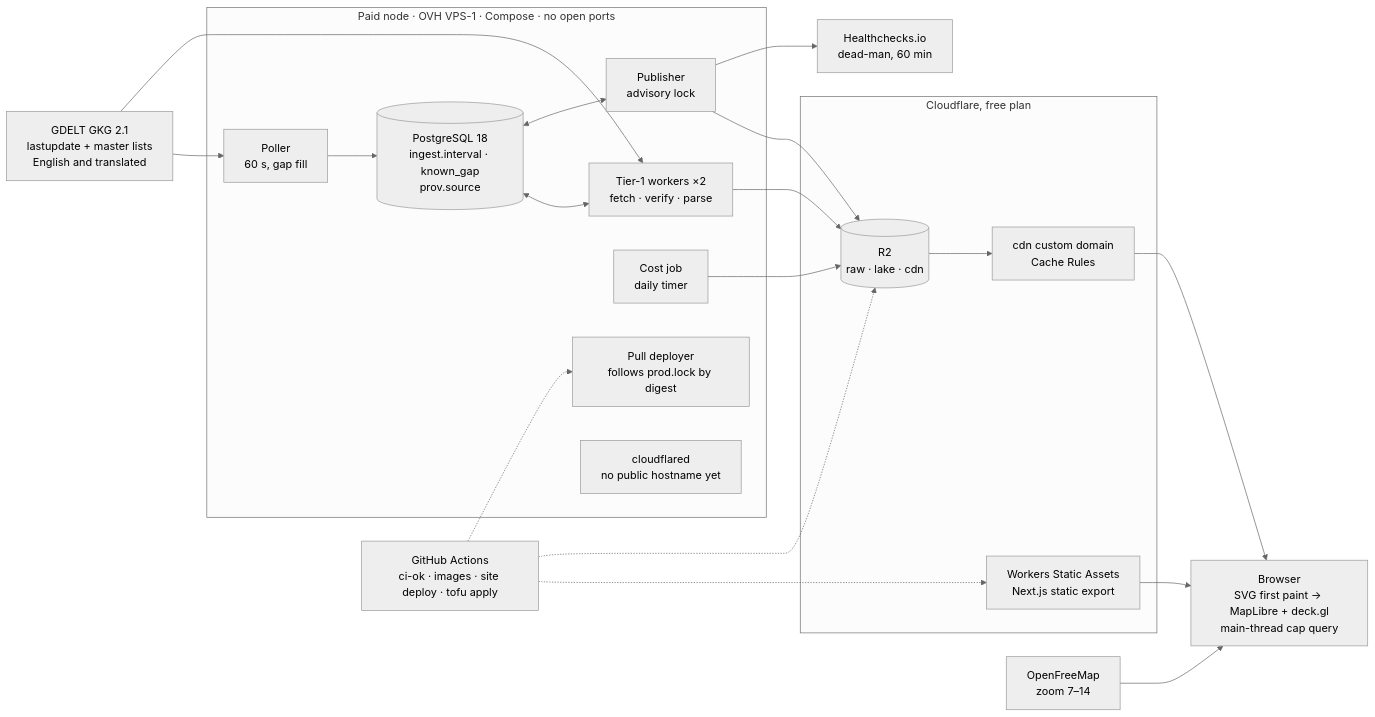
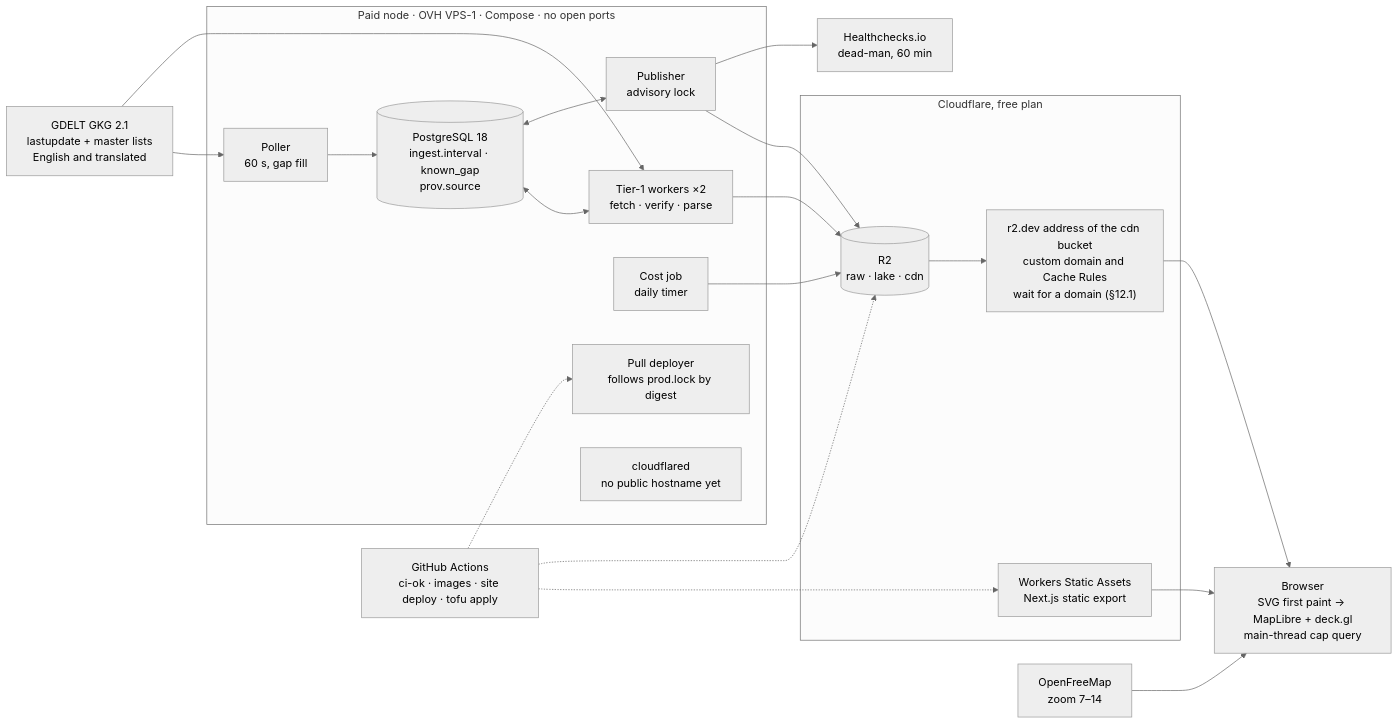
Before and after one commit to ShreeBohara/GlobaLens: the first of 2 diagrams in docs/design/p1.md, drawn with Mermaid (neutral theme). The commit also changed other lines of this file and 1 other file, not shown here.

First line of the commit message:
docs: record that no domain is bought for now (plan revision 7)

````diff
--- a/docs/design/p1.md
+++ b/docs/design/p1.md
@@ -100,35 +100,35 @@
 ```mermaid
 flowchart LR
   GD["GDELT GKG 2.1<br/>lastupdate + master lists<br/>English and translated"]
   subgraph PN["Paid node · OVH VPS-1 · Compose · no open ports"]
     PO["Poller<br/>60 s, gap fill"]
     PG[("PostgreSQL 18<br/>ingest.interval · known_gap<br/>prov.source")]
     T1["Tier-1 workers ×2<br/>fetch · verify · parse"]
     PB["Publisher<br/>advisory lock"]
     CJ["Cost job<br/>daily timer"]
     DP["Pull deployer<br/>follows prod.lock by digest"]
     TN["cloudflared<br/>no public hostname yet"]
   end
   subgraph CF["Cloudflare, free plan"]
     SA["Workers Static Assets<br/>Next.js static export"]
     R2[("R2<br/>raw · lake · cdn")]
-    ED["cdn custom domain<br/>Cache Rules"]
+    ED["r2.dev address of the cdn bucket<br/>custom domain and Cache Rules<br/>wait for a domain (§12.1)"]
   end
   BR["Browser<br/>SVG first paint → MapLibre + deck.gl<br/>main-thread cap query"]
   OFM["OpenFreeMap<br/>zoom 7–14"]
   HC["Healthchecks.io<br/>dead-man, 60 min"]
   GH["GitHub Actions<br/>ci-ok · images · site deploy · tofu apply"]
   GD --> PO --> PG
   PG <--> T1
   GD --> T1
   T1 --> R2
   PG <--> PB --> R2
   PB --> HC
   CJ --> R2
   R2 --> ED --> BR
   SA --> BR
   OFM --> BR
   GH -.-> SA
   GH -.-> DP
   GH -.-> R2
 ```
````
